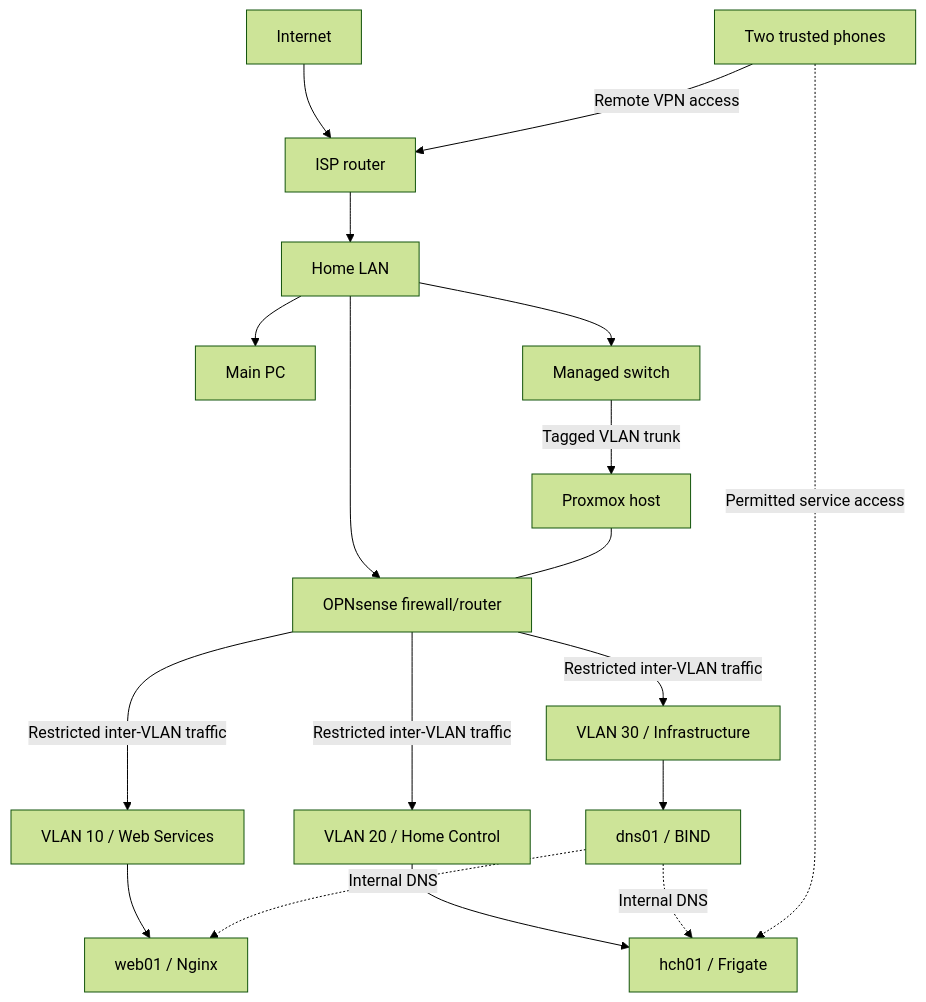
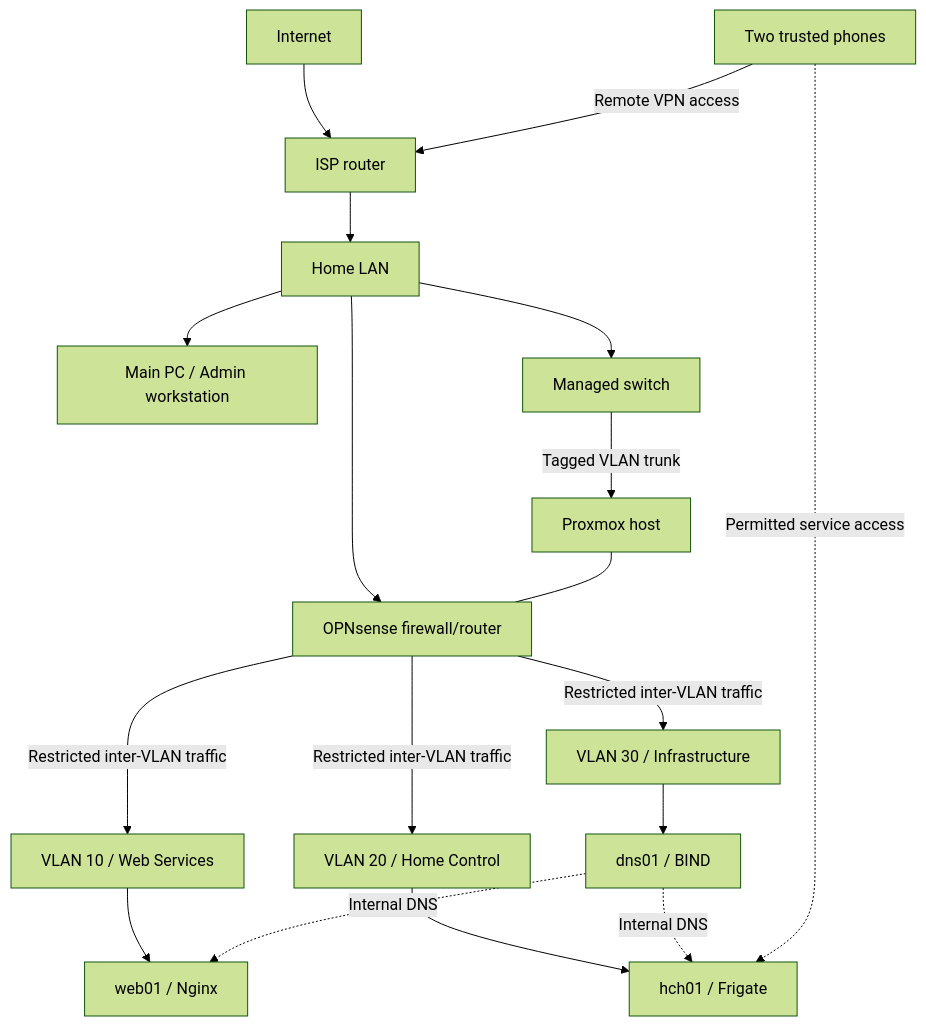
The diagram in docs/network-topology.md (repo-sudo/infrastructure-portfolio), drawn with Mermaid (forest theme) before and after one commit. The commit also changed other lines of this file, not shown here.

Commit message:
Clarify main PC administrative role in topology

````diff
--- a/docs/network-topology.md
+++ b/docs/network-topology.md
@@ -5,20 +5,20 @@
 ```mermaid
 flowchart TB
     internet["Internet"] --> router["ISP router"]
     phones["Two trusted phones"] -->|Remote VPN access| router
     router --> home["Home LAN"]
-    home --> pc["Main PC"]
+    home --> pc["Main PC / Admin workstation"]
     home --> switch["Managed switch"]
     switch -->|Tagged VLAN trunk| pve["Proxmox host"]
     home --> fw["OPNsense firewall/router"]
     pve --- fw
     fw -->|Restricted inter-VLAN traffic| v10["VLAN 10 / Web Services"]
     fw -->|Restricted inter-VLAN traffic| v20["VLAN 20 / Home Control"]
     fw -->|Restricted inter-VLAN traffic| v30["VLAN 30 / Infrastructure"]
     v10 --> web["web01 / Nginx"]
     v20 --> hch["hch01 / Frigate"]
     v30 --> dns["dns01 / BIND"]
     dns -.->|Internal DNS| web
     dns -.->|Internal DNS| hch
     phones -.->|Permitted service access| hch
 ```
````
